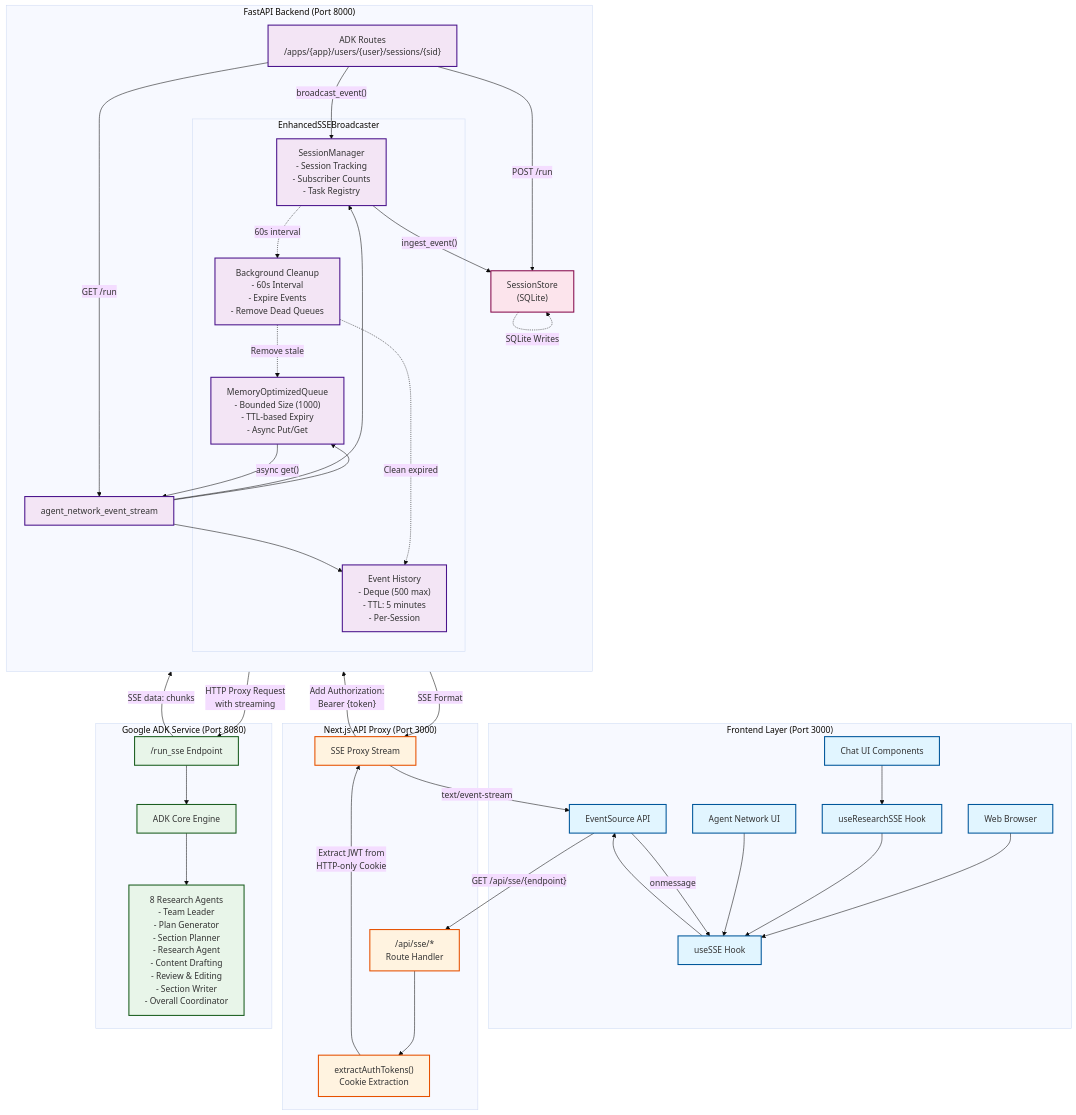
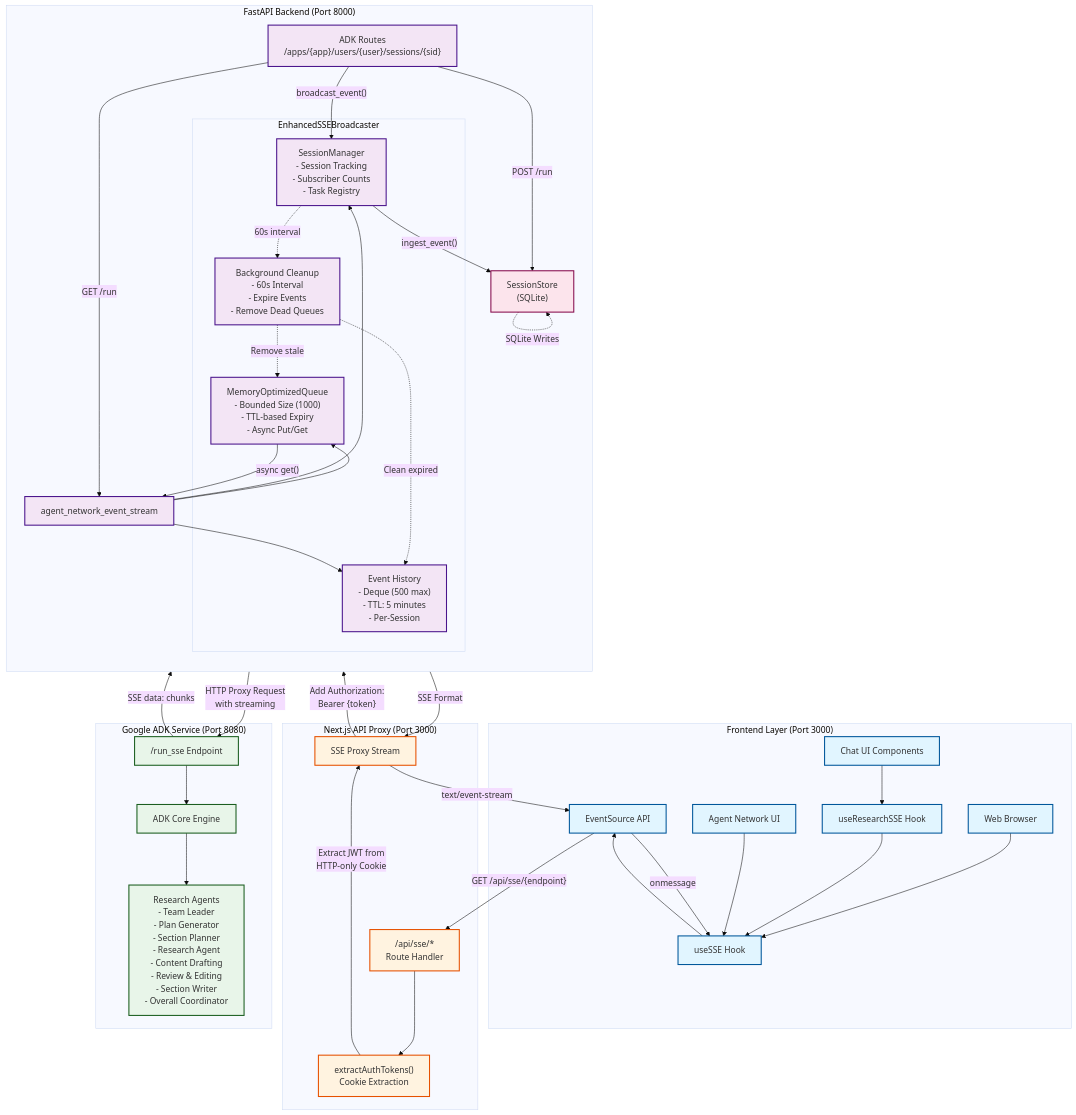
The first of 9 diagrams in docs/diagrams/vana-sse-architecture-comprehensive.md (NickB03/vana), drawn with Mermaid (base theme) before and after one commit. The commit also changed other lines of this file and 32 other files, not shown here.

First line of the commit message:
docs: comprehensive documentation and architecture overhaul

```diff
--- a/docs/diagrams/vana-sse-architecture-comprehensive.md
+++ b/docs/diagrams/vana-sse-architecture-comprehensive.md
@@ -40,7 +40,7 @@
 
     subgraph "Google ADK Service (Port 8080)"
         ADKCore["ADK Core Engine"]
-        ResearchAgents["8 Research Agents<br/>- Team Leader<br/>- Plan Generator<br/>- Section Planner<br/>- Research Agent<br/>- Content Drafting<br/>- Review & Editing<br/>- Section Writer<br/>- Overall Coordinator"]
+        ResearchAgents["Research Agents<br/>- Team Leader<br/>- Plan Generator<br/>- Section Planner<br/>- Research Agent<br/>- Content Drafting<br/>- Review & Editing<br/>- Section Writer<br/>- Overall Coordinator"]
         ADKEndpoint["/run_sse Endpoint"]
     end
 
```
